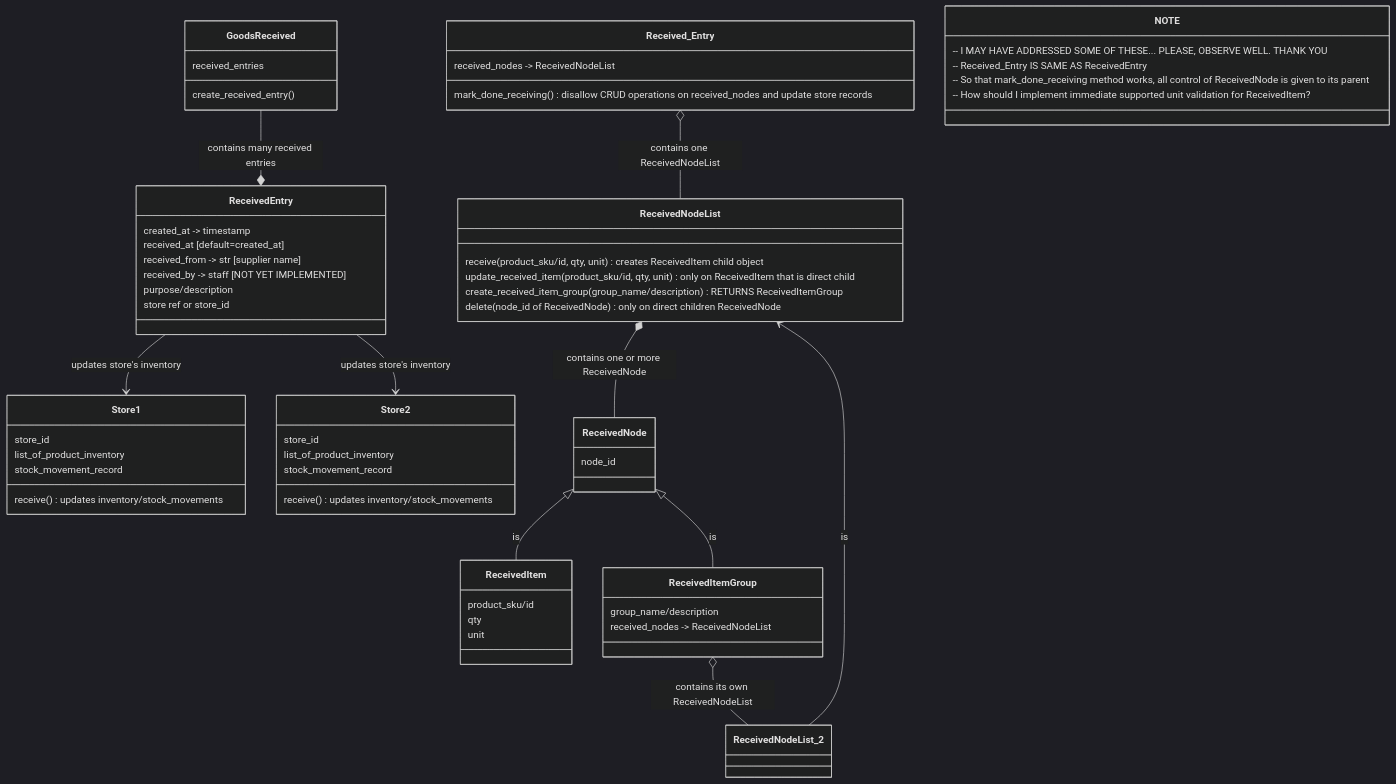
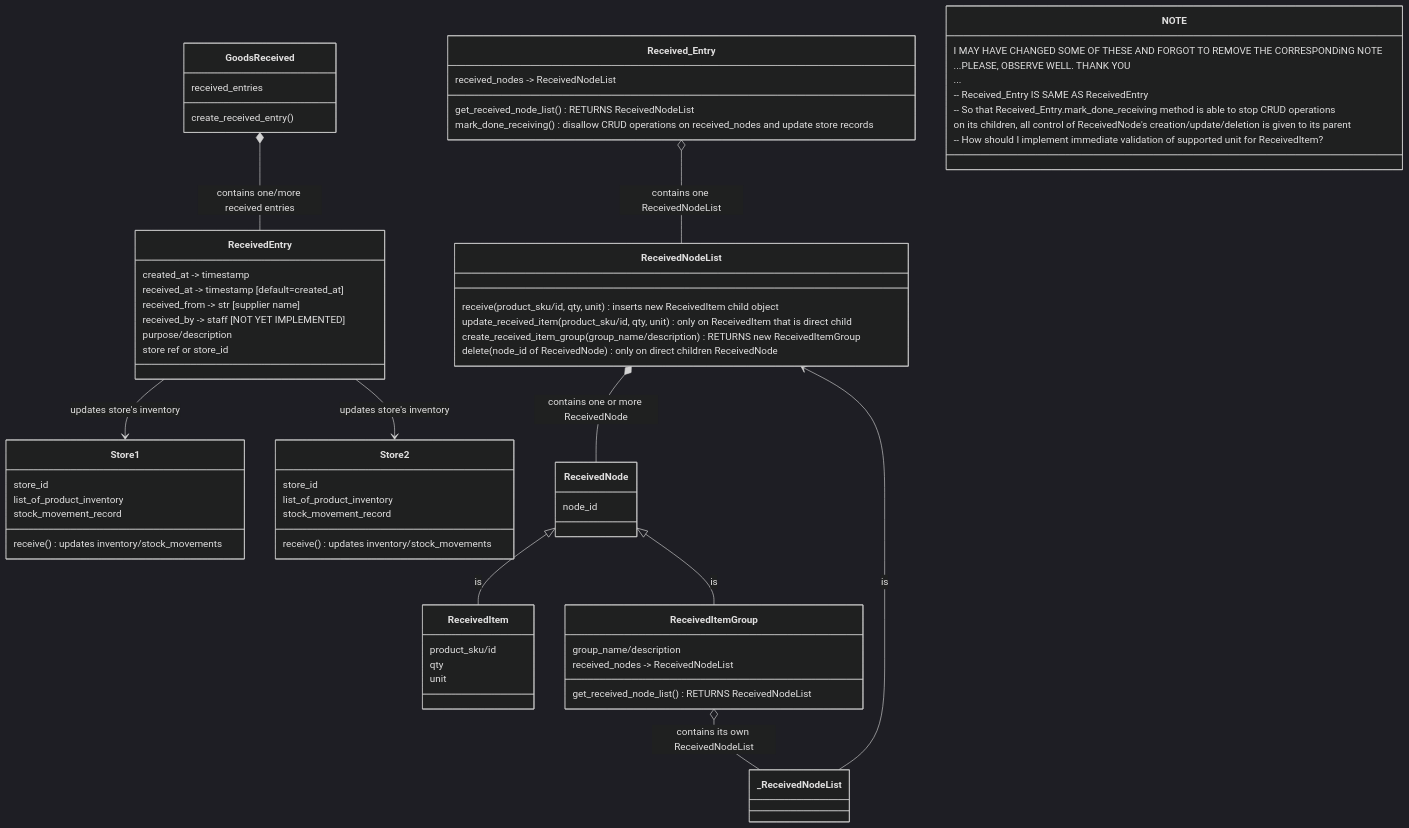
One commit to themanprince/mnlsir changed the diagram in docs/design_brainstorm_1.md. Above: the diagram before and after it, drawn with Mermaid (dark theme). The commit also changed other lines of this file, not shown here.

````diff
--- a/docs/design_brainstorm_1.md
+++ b/docs/design_brainstorm_1.md
@@ -73,74 +2,78 @@
 ```mermaid
+
 classDiagram
     
+    GoodsReceived *-- ReceivedEntry: contains one/more received entries
+    
+    ReceivedEntry --> Store1: updates store's inventory
+    ReceivedEntry --> Store2: updates store's inventory
+    
+    Received_Entry o-- ReceivedNodeList: contains one ReceivedNodeList
+    ReceivedNodeList *-- ReceivedNode: contains one or more ReceivedNode
+    
+    ReceivedNode <|-- ReceivedItem: is
+    ReceivedNode <|-- ReceivedItemGroup: is 
+    
+    ReceivedItemGroup o-- _ReceivedNodeList: contains its own ReceivedNodeList
+    _ReceivedNodeList --> ReceivedNodeList: is
+    
+   
+   GoodsReceived: create_received_entry()
+   GoodsReceived: received_entries
+    
+    ReceivedEntry: created_at -> timestamp
+    ReceivedEntry: received_at -> timestamp [default=created_at]
+    ReceivedEntry: received_from -> str [supplier name]
+    ReceivedEntry: received_by -> staff [NOT YET IMPLEMENTED]
+    ReceivedEntry: purpose/description
+    ReceivedEntry: store ref or store_id
+    
+    
     Store1: store_id
-    Store1: list_of_product_inventory
+    Store1:  list_of_product_inventory
     Store1: stock_movement_record
     Store1: receive() updates inventory/stock_movements
-    
     
     Store2: store_id  
     Store2: list_of_product_inventory
     Store2: stock_movement_record
     Store2: receive() updates inventory/stock_movements
     
     
-    GoodsReceived: create_received_entry()
-    GoodsReceived: received_entries
-    
-    ReceivedEntry: created_at -> timestamp
-    ReceivedEntry: received_at [default=created_at]
-    ReceivedEntry: received_from -> str [supplier name]
-    ReceivedEntry: received_by -> staff [NOT YET IMPLEMENTED]
-    ReceivedEntry: purpose/description
-    ReceivedEntry: store ref or store_id
-
-    
-    GoodsReceived --* ReceivedEntry: contains many received entries
-    
-    ReceivedEntry --> Store1: updates store's inventory
-    ReceivedEntry --> Store2: updates store's inventory
-    
-    
-    
-    
-    Received_Entry o-- ReceivedNodeList: contains one ReceivedNodeList
-    
-    ReceivedNodeList *-- ReceivedNode: contains one or more ReceivedNode
-    ReceivedNode <|-- ReceivedItem: is
-    ReceivedNode <|-- ReceivedItemGroup: is 
-    
-    
-    ReceivedItemGroup o-- ReceivedNodeList_2: contains its own ReceivedNodeList
-    ReceivedNodeList_2 --> ReceivedNodeList: is
     
     Received_Entry: received_nodes -> ReceivedNodeList
+    Received_Entry: get_received_node_list() RETURNS ReceivedNodeList
     Received_Entry: mark_done_receiving() disallow CRUD operations on received_nodes and update store records
     
     
     
-    ReceivedNodeList: receive(product_sku/id, qty, unit) creates ReceivedItem child object
+    ReceivedNodeList: receive(product_sku/id, qty, unit) inserts new ReceivedItem child object
     ReceivedNodeList: update_received_item(product_sku/id, qty, unit) only on ReceivedItem that is direct child
-    ReceivedNodeList: create_received_item_group(group_name/description) RETURNS ReceivedItemGroup
+    ReceivedNodeList: create_received_item_group(group_name/description) RETURNS new ReceivedItemGroup
     ReceivedNodeList: delete(node_id of ReceivedNode) only on direct children ReceivedNode
      
      
     ReceivedNode: node_id
      
      
-    ReceivedItemGroup: group_name/description
-    ReceivedItemGroup: received_nodes -> ReceivedNodeList
-    
-    
     ReceivedItem: product_sku/id
     ReceivedItem: qty
     ReceivedItem: unit
+     
+    
+    ReceivedItemGroup: group_name/description
+    ReceivedItemGroup: received_nodes -> ReceivedNodeList
+    ReceivedItemGroup: get_received_node_list() RETURNS ReceivedNodeList
     
     
     
-    NOTE: -- I MAY HAVE ADDRESSED SOME OF THESE... PLEASE, OBSERVE WELL. THANK YOU 
+    
+    NOTE: I MAY HAVE CHANGED SOME OF THESE AND FORGOT TO REMOVE THE CORRESPONDiNG NOTE
+    NOTE: ...PLEASE, OBSERVE WELL. THANK YOU
+    NOTE: ...
     NOTE: -- Received_Entry IS SAME AS ReceivedEntry
-    NOTE: -- So that mark_done_receiving method works, all control of ReceivedNode is given to its parent
-    NOTE: -- How should I implement immediate supported unit validation for ReceivedItem?
+    NOTE: -- So that Received_Entry.mark_done_receiving method is able to stop CRUD operations
+    NOTE: on its children, all control of ReceivedNode's creation/update/deletion is given to its parent
+    NOTE: -- How should I implement immediate validation of supported unit for ReceivedItem?
 
 ```
````
